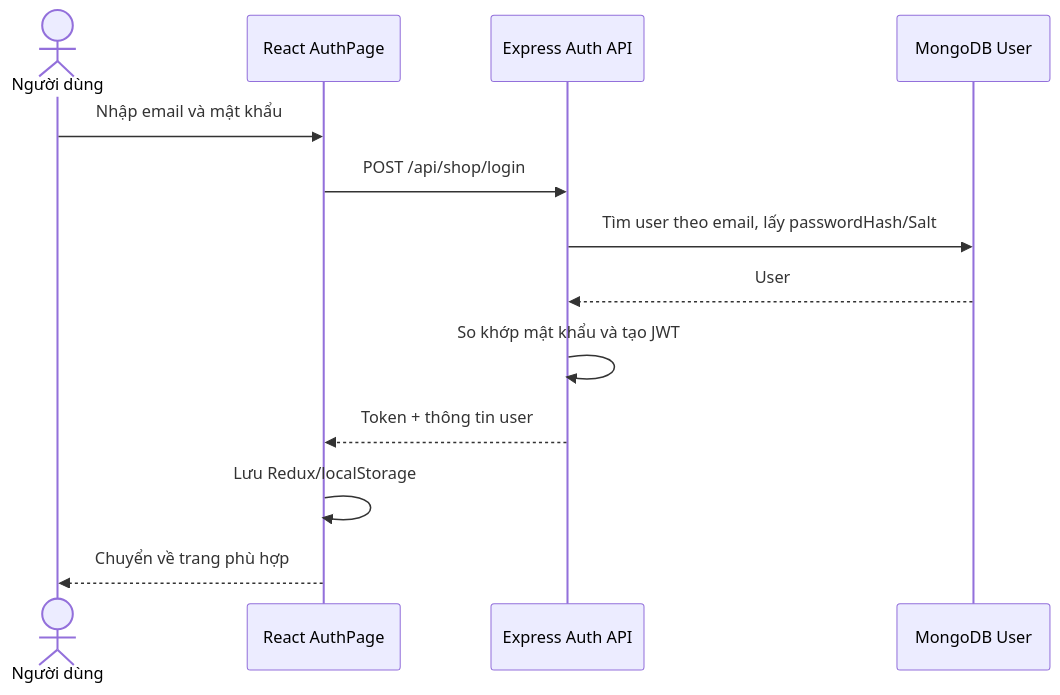
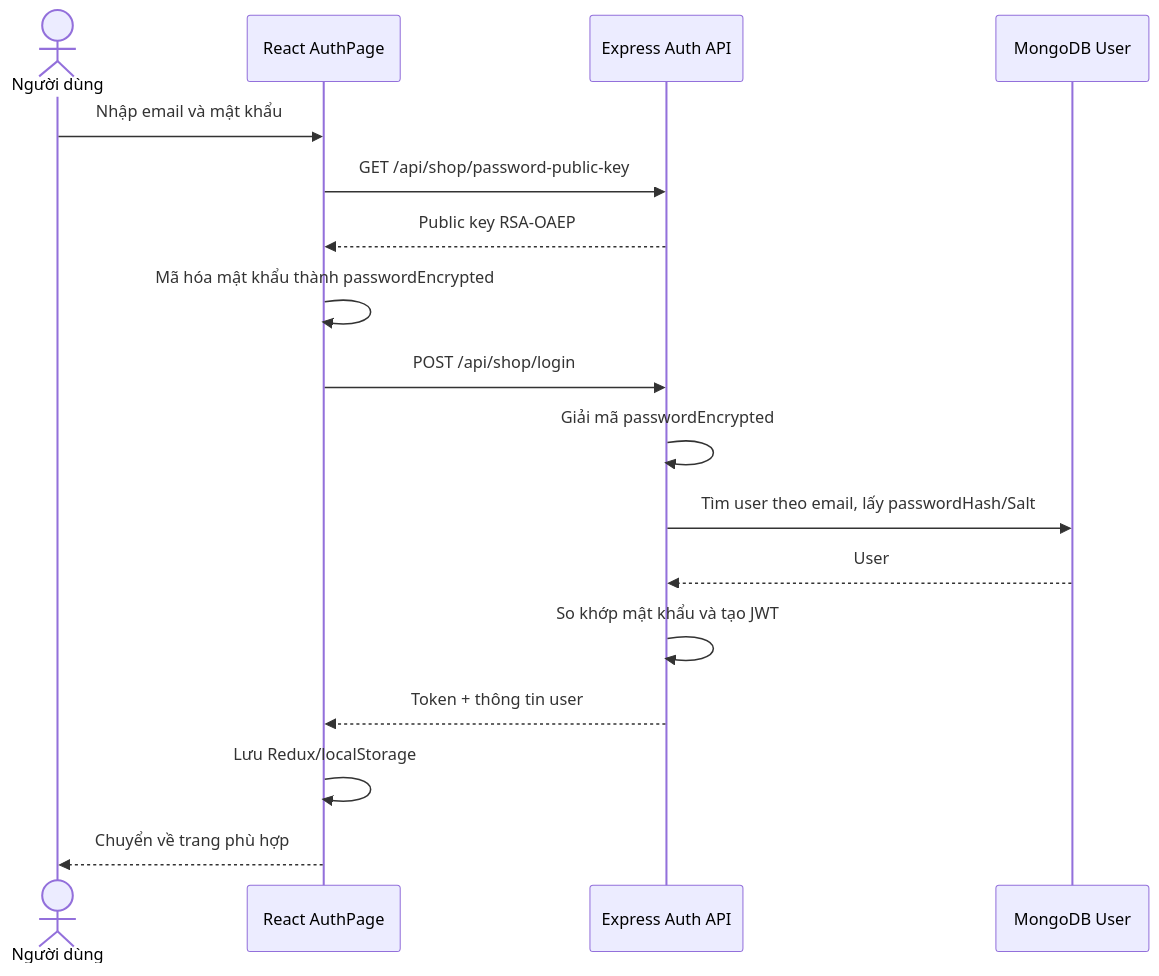
One commit to lequyet2001/SomeThing changed the fourth of 9 diagrams in docs/bao-cao-phan-tich-thiet-ke-he-thong.md. Above: the diagram before and after it, drawn with Mermaid. The commit also changed other lines of this file and 33 other files, not shown here.

Commit message:
Add SVG diagrams for various workflows including account management, admin dashboard, inventory management, order classification, and password reset

```diff
--- a/docs/bao-cao-phan-tich-thiet-ke-he-thong.md
+++ b/docs/bao-cao-phan-tich-thiet-ke-he-thong.md
@@ -734,16 +739,20 @@
 ~~~mermaid
 sequenceDiagram
   actor User as Người dùng
   participant UI as React AuthPage
   participant API as Express Auth API
   participant DB as MongoDB User
 
   User->>UI: Nhập email và mật khẩu
+  UI->>API: GET /api/shop/password-public-key
+  API-->>UI: Public key RSA-OAEP
+  UI->>UI: Mã hóa mật khẩu thành passwordEncrypted
   UI->>API: POST /api/shop/login
+  API->>API: Giải mã passwordEncrypted
   API->>DB: Tìm user theo email, lấy passwordHash/Salt
   DB-->>API: User
   API->>API: So khớp mật khẩu và tạo JWT
   API-->>UI: Token + thông tin user
   UI->>UI: Lưu Redux/localStorage
   UI-->>User: Chuyển về trang phù hợp
 ~~~
```
